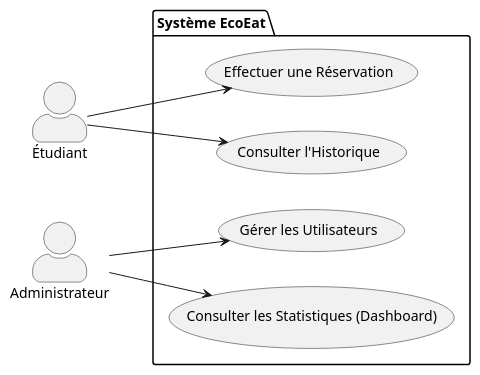
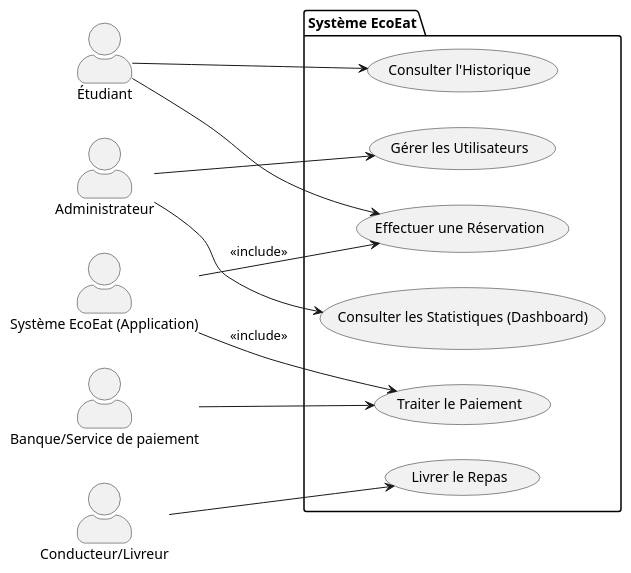
One commit to malekkhaloui453-sudo/EcoEat changed the diagram in src/com/ecoeat/models/Diagrammes/uc_diagramme.puml. Above: the diagram before and after it, drawn with PlantUML.

```diff
--- a/src/com/ecoeat/models/Diagrammes/uc_diagramme.puml
+++ b/src/com/ecoeat/models/Diagrammes/uc_diagramme.puml
@@ -1,19 +1,28 @@
 @startuml
 left to right direction
 skinparam actorStyle awesome
 
 actor "Étudiant" as ET
 actor "Administrateur" as AD
+actor "Système EcoEat (Application)" as SE
+actor "Conducteur/Livreur" as CL
+actor "Banque/Service de paiement" as BP
 
 package "Système EcoEat" {
   usecase "Effectuer une Réservation" as UC1
   usecase "Consulter l'Historique" as UC2
   usecase "Gérer les Utilisateurs" as UC3
   usecase "Consulter les Statistiques (Dashboard)" as UC4
+  usecase "Traiter le Paiement" as UC5
+  usecase "Livrer le Repas" as UC6
 }
 
 ET --> UC1
 ET --> UC2
 AD --> UC3
 AD --> UC4
+SE --> UC1 : <<include>>
+SE --> UC5 : <<include>>
+BP --> UC5
+CL --> UC6
 @enduml
```
